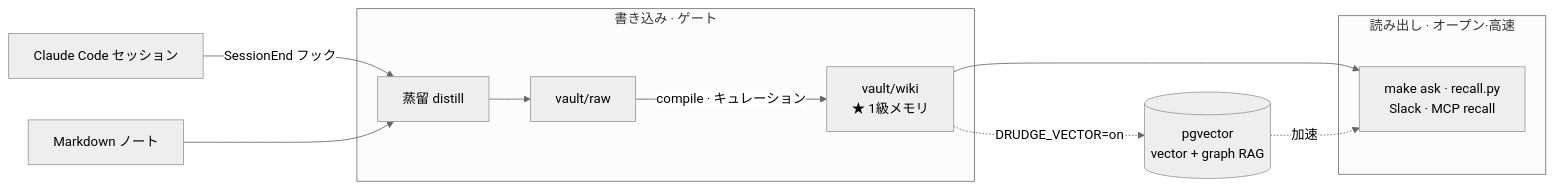
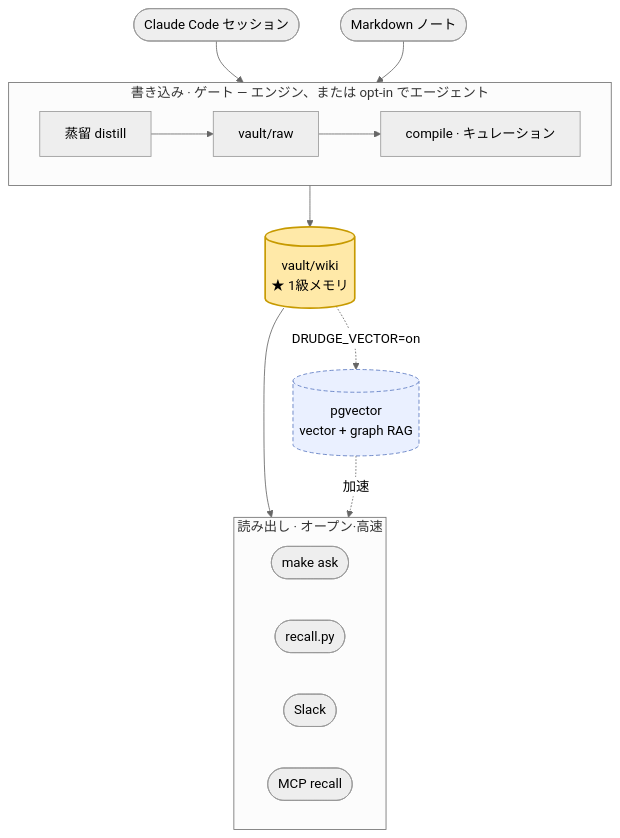
Before and after one commit to jazz1x/ohmyboring: the first of 2 diagrams in README.ja.md, drawn with Mermaid (neutral theme). The commit also changed 2 other files, not shown here.

Commit message:
docs: polish architecture diagram — canonical shapes, both axes (#26)
Restructure the two-door Mermaid: top-down main spine (sources → WRITE pipeline
→ vault/wiki hub → READ consumers) with left-right subgraphs inside — uses both
axes, not a single horizontal row. Canonical shapes (stadium/rect/cylinder) +
classDef highlighting the wiki hub and optional pgvector (dashed). All 3 READMEs.

````diff
--- a/README.ja.md
+++ b/README.ja.md
@@ -15,15 +15,24 @@
 ```mermaid
-flowchart LR
-  CC["Claude Code セッション"] -->|SessionEnd フック| D["蒸留 distill"]
-  NT["Markdown ノート"] --> D
-  subgraph WRITE ["書き込み · ゲート"]
-    D --> RAW["vault/raw"]
-    RAW -->|"compile · キュレーション"| WK["vault/wiki<br/>★ 1級メモリ"]
+flowchart TB
+  CC(["Claude Code セッション"]) --> D
+  NT(["Markdown ノート"]) --> D
+  subgraph WRITE ["書き込み · ゲート — エンジン、または opt-in でエージェント"]
+    direction LR
+    D["蒸留 distill"] --> RAW["vault/raw"] --> CP["compile · キュレーション"]
   end
-  subgraph READ ["読み出し · オープン·高速"]
-    CONS["make ask · recall.py<br/>Slack · MCP recall"]
+  CP --> WIKI[("vault/wiki<br/>★ 1級メモリ")]
+  WIKI --> RD
+  subgraph RD ["読み出し · オープン·高速"]
+    direction LR
+    ASK(["make ask"])
+    REC(["recall.py"])
+    SLK(["Slack"])
+    MCP(["MCP recall"])
   end
-  WK --> CONS
-  WK -. "DRUDGE_VECTOR=on" .-> PG[("pgvector<br/>vector + graph RAG")]
-  PG -. 加速 .-> CONS
+  WIKI -. "DRUDGE_VECTOR=on" .-> PG[("pgvector<br/>vector + graph RAG")]
+  PG -. 加速 .-> RD
+  classDef hub fill:#ffe9a8,stroke:#c79a00,stroke-width:2px;
+  classDef opt fill:#eaf0ff,stroke:#5a78c0,stroke-dasharray:5 3;
+  class WIKI hub;
+  class PG opt;
 ```
````
